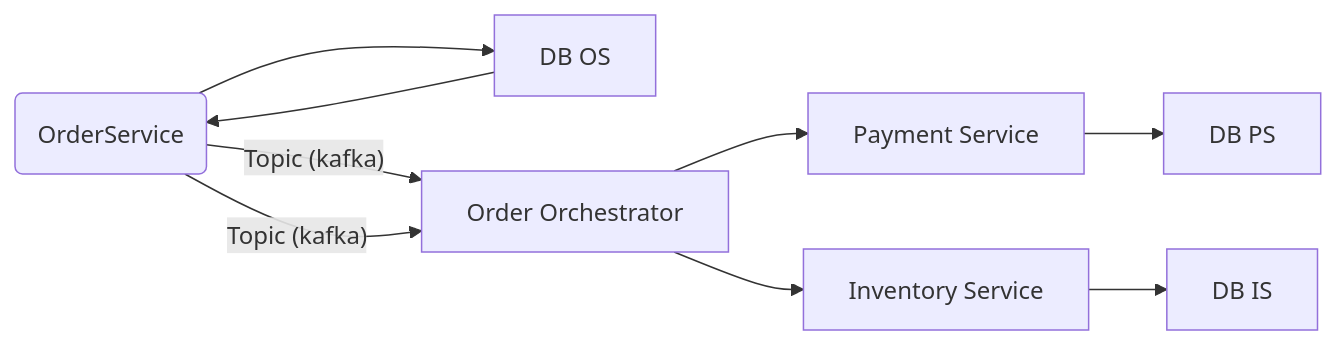
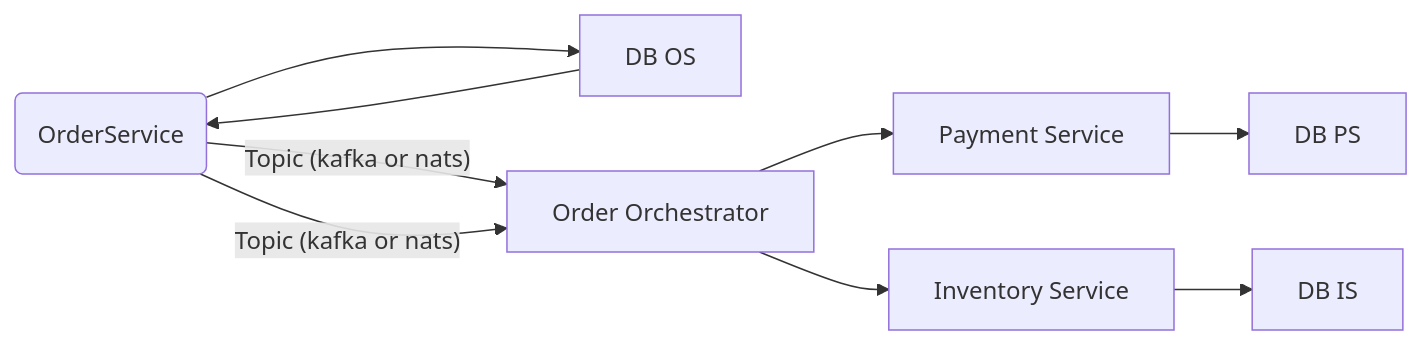
The second of 2 diagrams in README.md (cmauri75/saga), drawn with Mermaid before and after one commit. The commit also changed other lines of this file and 38 other files, not shown here.

````diff
--- a/README.md
+++ b/README.md
@@ -58,12 +58,12 @@
 ```mermaid
 graph LR
     OS(OrderService) 
     --> DBOS[DB OS]
-    OS -- "Topic (kafka)" --> OO[Order Orchestrator]
-    OS -- "Topic (kafka)" --> OO[Order Orchestrator]
+    OS -- "Topic (kafka or nats)" --> OO[Order Orchestrator]
+    OS -- "Topic (kafka or nats)" --> OO[Order Orchestrator]
     OO --> PS[Payment Service]
     OO --> IS[Inventory Service]
     PS --> DBPS[DB PS]
     IS --> DBIS[DB IS]
     DBOS --> OS
 ```
````
